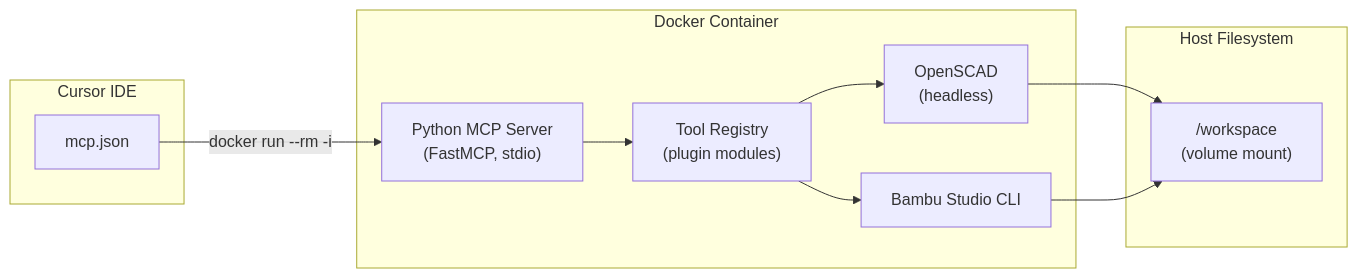
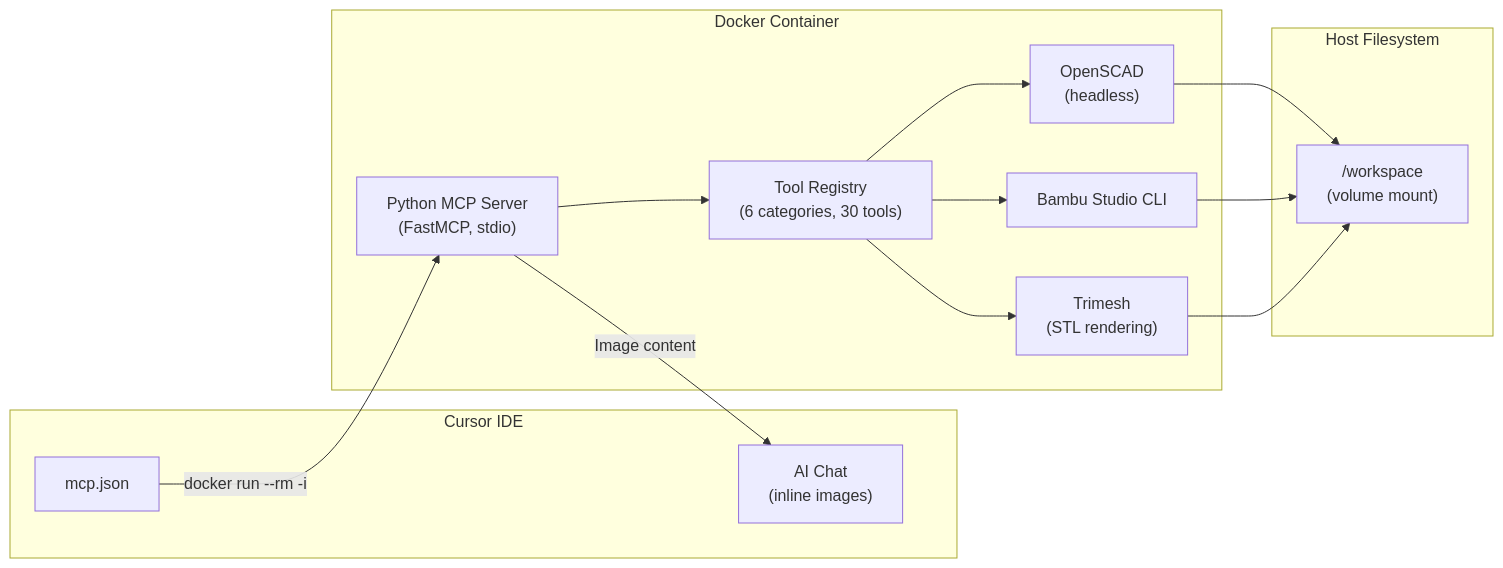
Before and after one commit to devaclark/mcp-3d-tools: the diagram in README.md, drawn with Mermaid. The commit also changed other lines of this file and 28 other files, not shown here.

````diff
--- a/README.md
+++ b/README.md
@@ -26,21 +28,26 @@
 ```mermaid
 flowchart LR
   subgraph CursorIDE [Cursor IDE]
     mcpJson["mcp.json"]
+    chat["AI Chat\n(inline images)"]
   end
   subgraph DockerContainer [Docker Container]
     mcpServer["Python MCP Server\n(FastMCP, stdio)"]
-    toolRegistry["Tool Registry\n(plugin modules)"]
+    toolRegistry["Tool Registry\n(6 categories, 30 tools)"]
     openscadBin["OpenSCAD\n(headless)"]
     bambuCli["Bambu Studio CLI"]
+    renderEngine["Trimesh\n(STL rendering)"]
   end
   subgraph HostFS [Host Filesystem]
     workspace["/workspace\n(volume mount)"]
   end
   mcpJson -->|"docker run --rm -i"| mcpServer
   mcpServer --> toolRegistry
   toolRegistry --> openscadBin
   toolRegistry --> bambuCli
+  toolRegistry --> renderEngine
   openscadBin --> workspace
   bambuCli --> workspace
+  renderEngine --> workspace
+  mcpServer -->|"Image content"| chat
 ```
````
